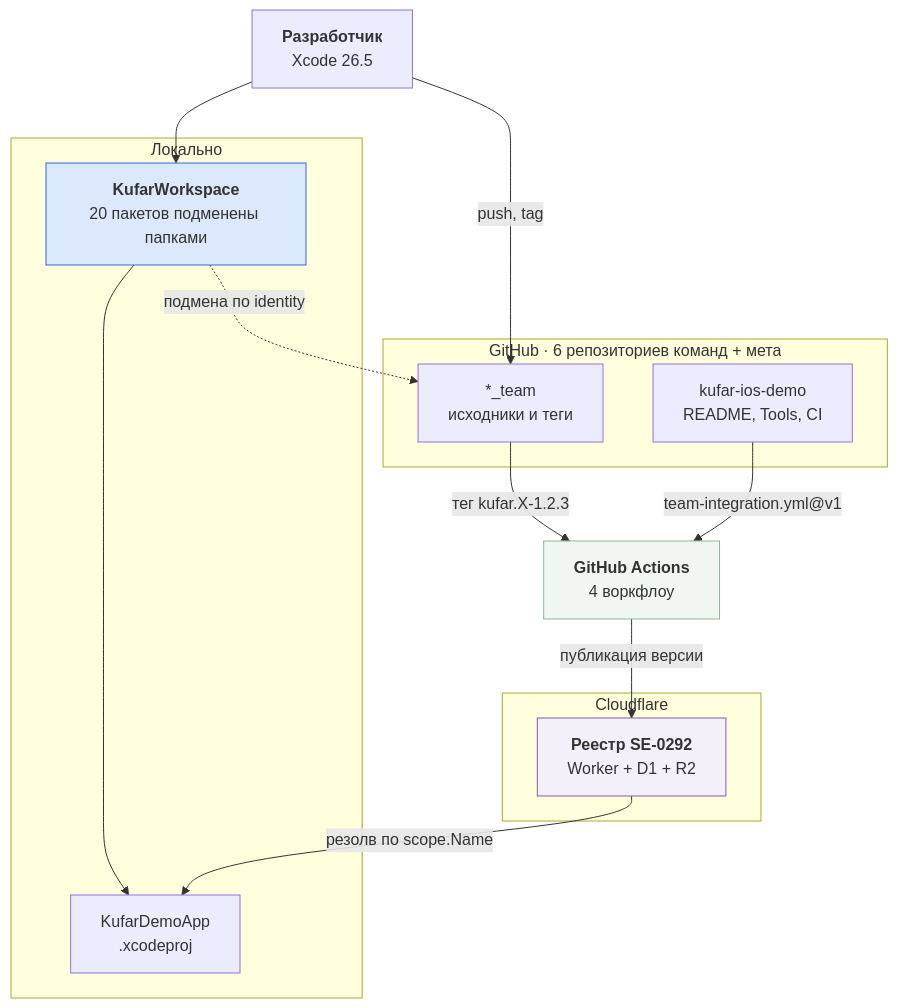
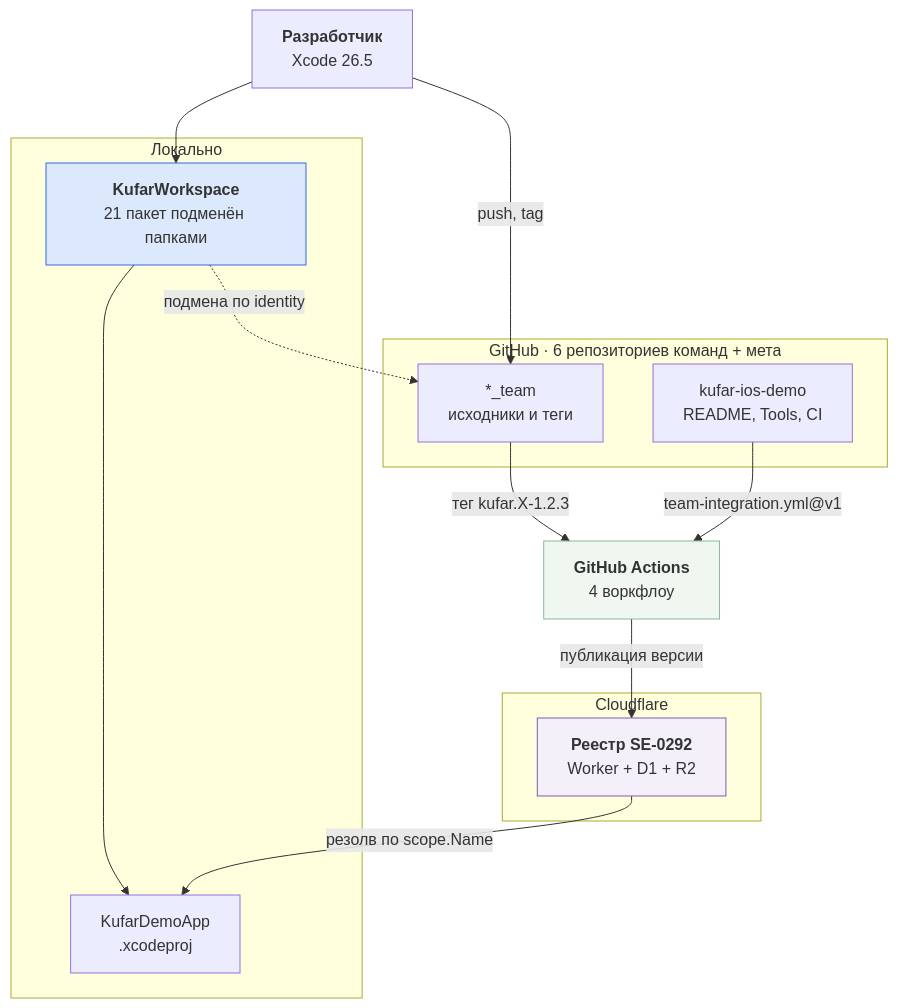
One commit to yklishevich/kufar-ios-demo changed the first of 6 diagrams in architecture-overall.md. Above: the diagram before and after it, drawn with Mermaid. The commit also changed other lines of this file and 7 other files, not shown here.

````diff
--- a/architecture-overall.md
+++ b/architecture-overall.md
@@ -15,33 +15,33 @@
 ```mermaid
 graph TB
     Dev["<b>Разработчик</b><br/>Xcode 26.5"]
 
     subgraph LOCAL["Локально"]
-        WS["<b>KufarWorkspace</b><br/>20 пакетов подменены папками"]
+        WS["<b>KufarWorkspace</b><br/>21 пакет подменён папками"]
         App["KufarDemoApp<br/>.xcodeproj"]
     end
 
     subgraph GIT["GitHub · 6 репозиториев команд + мета"]
         Repos["*_team<br/>исходники и теги"]
         Meta["kufar-ios-demo<br/>README, Tools, CI"]
     end
 
     subgraph CLOUD["Cloudflare"]
         Registry["<b>Реестр SE-0292</b><br/>Worker + D1 + R2"]
     end
 
     CI["<b>GitHub Actions</b><br/>4 воркфлоу"]
 
     Dev --> WS
     WS --> App
     WS -.->|"подмена по identity"| Repos
     Dev -->|"push, tag"| Repos
     Repos -->|"тег kufar.X-1.2.3"| CI
     CI -->|"публикация версии"| Registry
     Registry -->|"резолв по scope.Name"| App
     Meta -->|"team-integration.yml@v1"| CI
 
     style WS fill:#dce8fb,stroke:#2d6cdf
     style Registry fill:#f3f0fa,stroke:#7e5bb5
     style CI fill:#f0f7f1,stroke:#8ab99a
 ```
````
